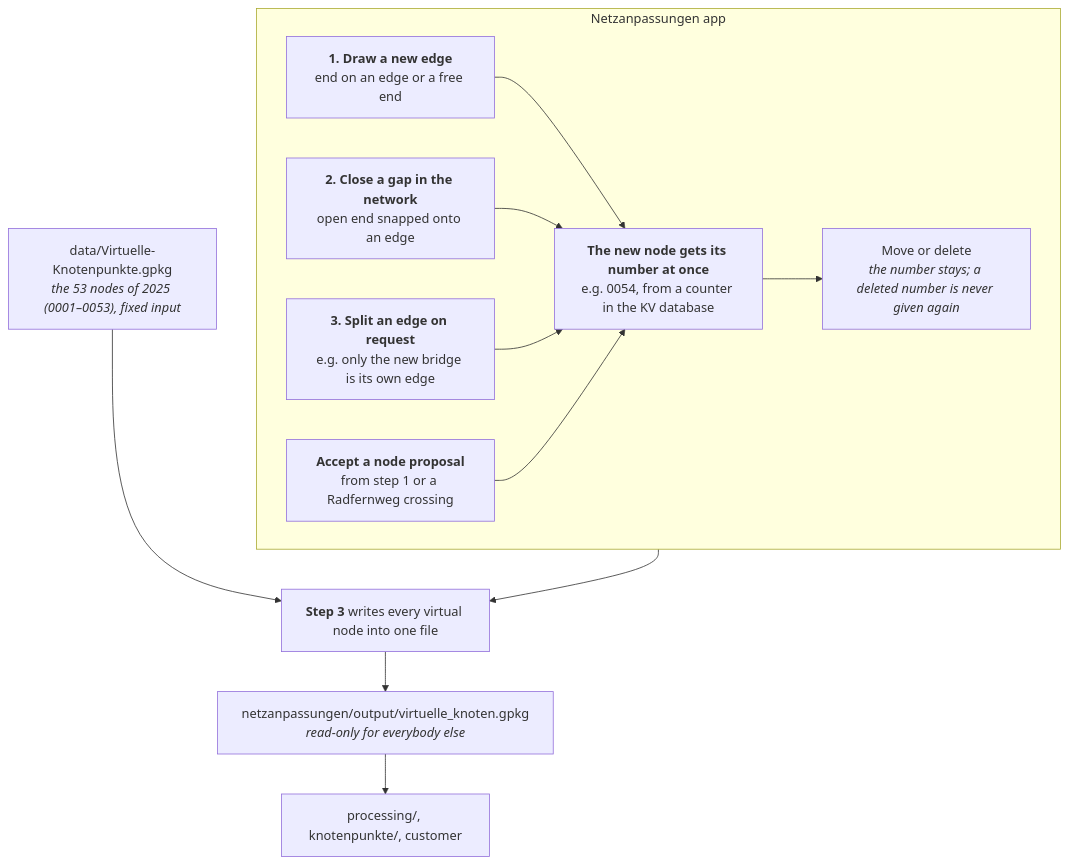
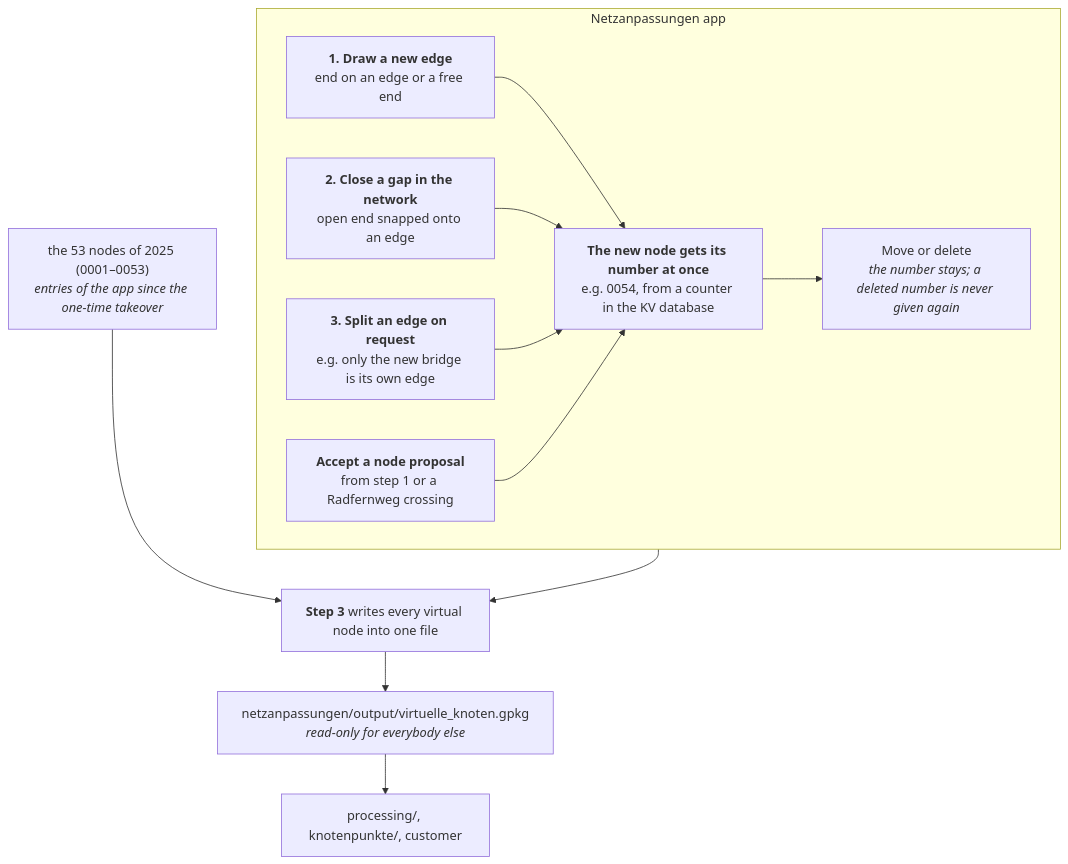
One commit to FixMyBerlin/infravelo-radnetz changed the second of 3 diagrams in docs/network-pipeline.md. Above: the diagram before and after it, drawn with Mermaid. The commit also changed other lines of this file and 14 other files, not shown here.

Commit message:
The 53 virtual nodes of 2025 are app entries: the pipeline reads them from the KV database, the file is an archive in one_time_import/2025

````diff
--- a/docs/network-pipeline.md
+++ b/docs/network-pipeline.md
@@ -39,22 +40,22 @@
 ```mermaid
 flowchart TD
   subgraph APP["Netzanpassungen app"]
     A1["<b>1. Draw a new edge</b><br/>end on an edge or a free end"]
     A2["<b>2. Close a gap in the network</b><br/>open end snapped onto an edge"]
     A3["<b>3. Split an edge on request</b><br/>e.g. only the new bridge is its own edge"]
     A4["<b>Accept a node proposal</b><br/>from step 1 or a Radfernweg crossing"]
     NR["<b>The new node gets its number at once</b><br/>e.g. 0054, from a counter in the KV database"]
     A5["Move or delete<br/><i>the number stays; a deleted number is never given again</i>"]
     A1 --> NR
     A2 --> NR
     A3 --> NR
     A4 --> NR
     NR --> A5
   end
-  REG["data/Virtuelle-Knotenpunkte.gpkg<br/><i>the 53 nodes of 2025 (0001–0053), fixed input</i>"]
+  REG["the 53 nodes of 2025 (0001–0053)<br/><i>entries of the app since the one-time takeover</i>"]
   S3["<b>Step 3</b> writes every virtual node into one file"]
   VKF["netzanpassungen/output/virtuelle_knoten.gpkg<br/><i>read-only for everybody else</i>"]
   USE["processing/, knotenpunkte/, customer"]
   REG --> S3
   APP --> S3 --> VKF --> USE
 ```
````
